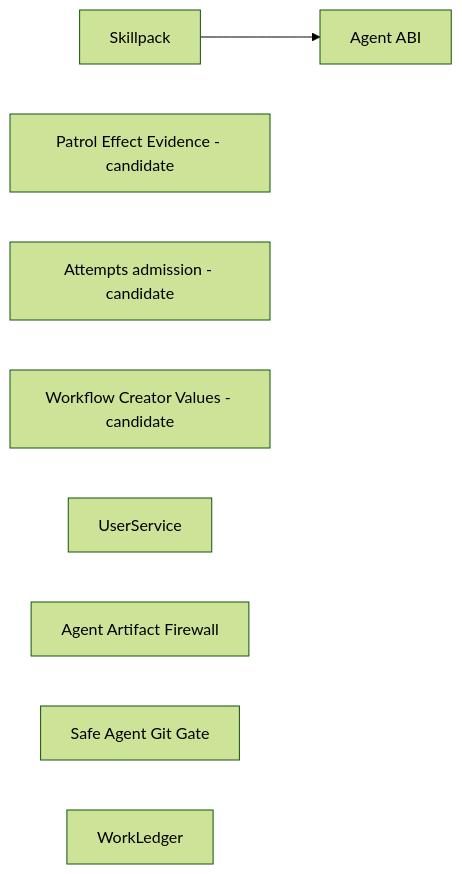
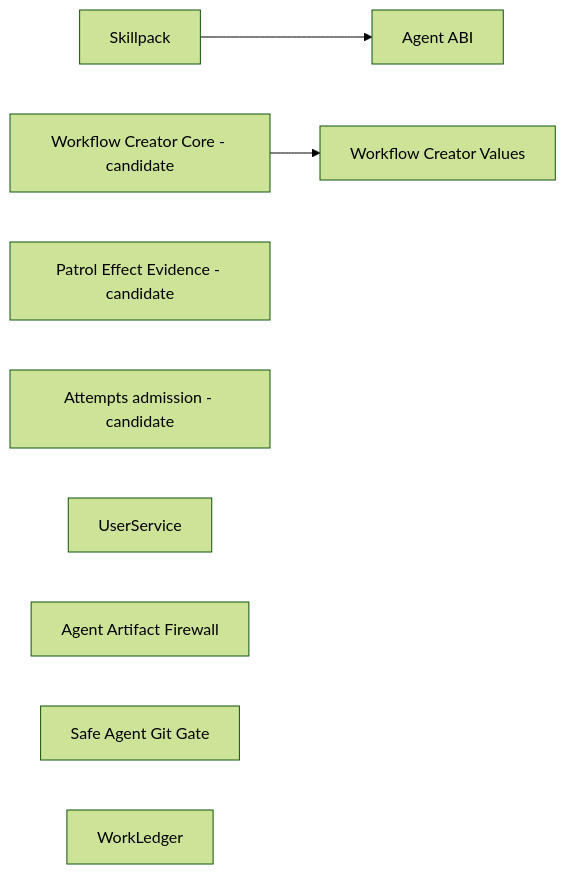
The diagram in wiki/component-boundaries.md (ivankuznetsov/hive), drawn with Mermaid (forest theme) before and after one commit. The commit also changed other lines of this file and 10 other files, not shown here.

Commit message:
refactor(workflow-creator): add semantic core boundary

````diff
--- a/wiki/component-boundaries.md
+++ b/wiki/component-boundaries.md
@@ -50,11 +50,11 @@
 ```mermaid
 flowchart LR
   skillpack[Skillpack] --> agent_abi[Agent ABI]
+  workflow_core[Workflow Creator Core - candidate] --> workflow_values[Workflow Creator Values]
   patrol_effects[Patrol Effect Evidence - candidate]
   attempts[Attempts admission - candidate]
-  workflow_values[Workflow Creator Values - candidate]
   user_service[UserService]
   artifact_firewall[Agent Artifact Firewall]
   git_gate[Safe Agent Git Gate]
   work_ledger[WorkLedger]
 ```
````
